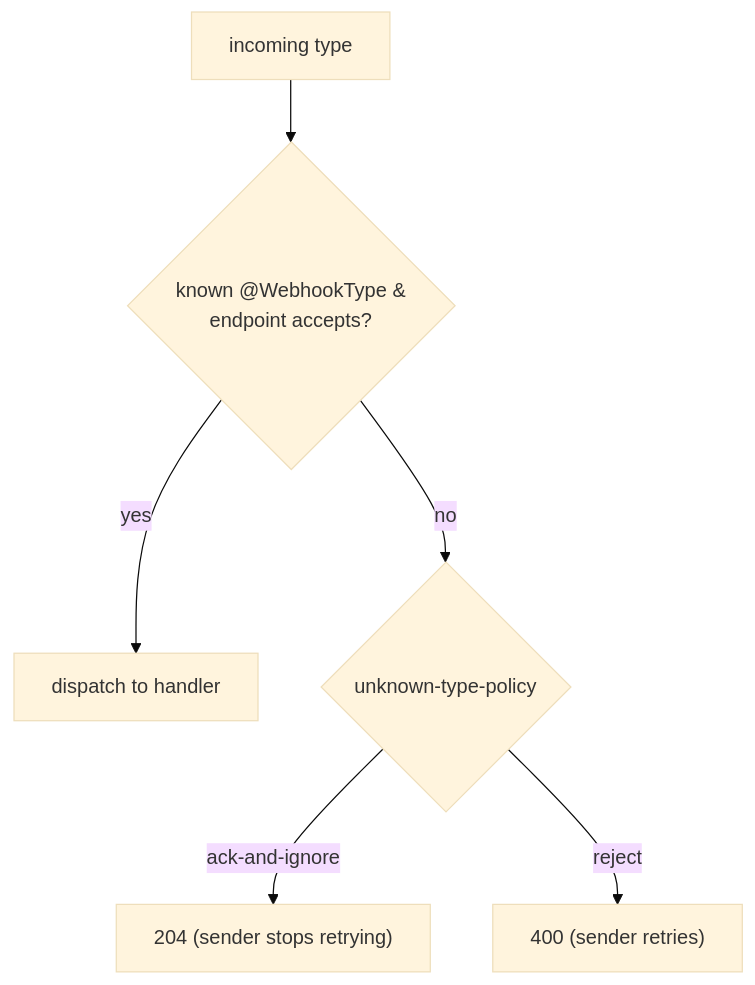
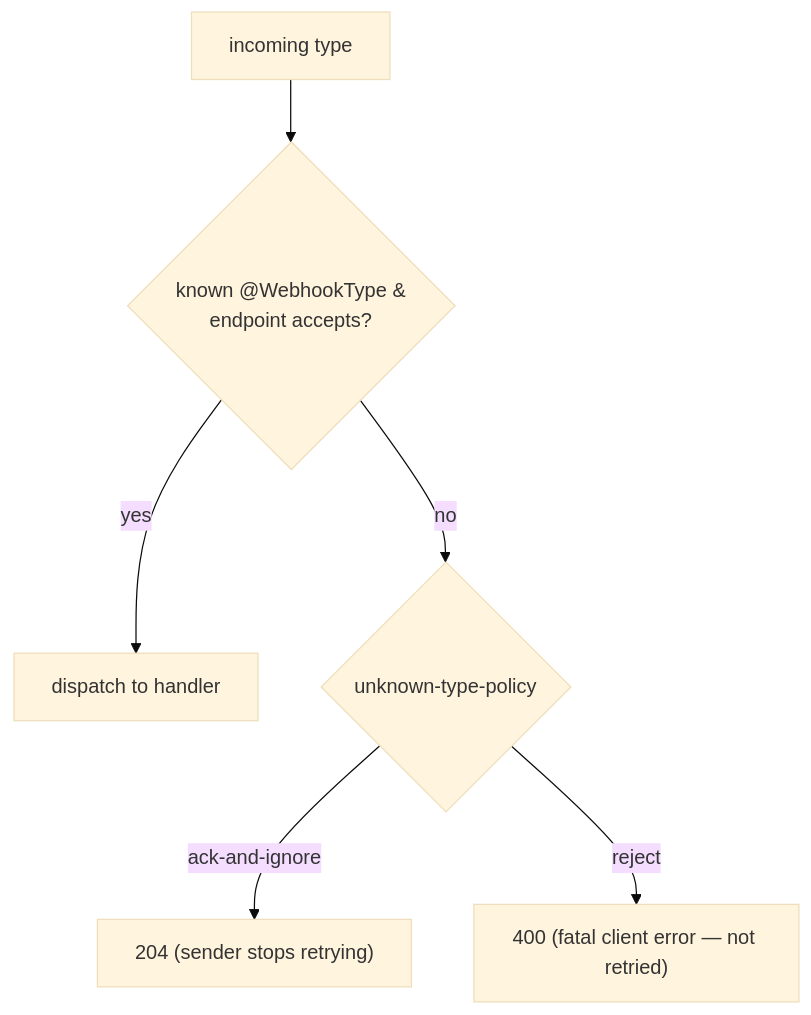
The second of 2 diagrams in docs/guides/consumer.md (jinternals/webhooks), drawn with Mermaid (base theme) before and after one commit. The commit also changed other lines of this file and 13 other files, not shown here.

Commit message:
Fix documentation discrepancies, Mermaid syntax, and CI/Dependabot coverage

````diff
--- a/docs/guides/consumer.md
+++ b/docs/guides/consumer.md
@@ -134,8 +135,8 @@
 ```mermaid
 flowchart TD
     T["incoming type"] --> K{"known @WebhookType &<br/>endpoint accepts?"}
     K -- yes --> Handle["dispatch to handler"]
     K -- no --> P{"unknown-type-policy"}
     P -- "ack-and-ignore" --> A["204 (sender stops retrying)"]
-    P -- "reject" --> R["400 (sender retries)"]
+    P -- "reject" --> R["400 (fatal client error — not retried)"]
 ```
````
